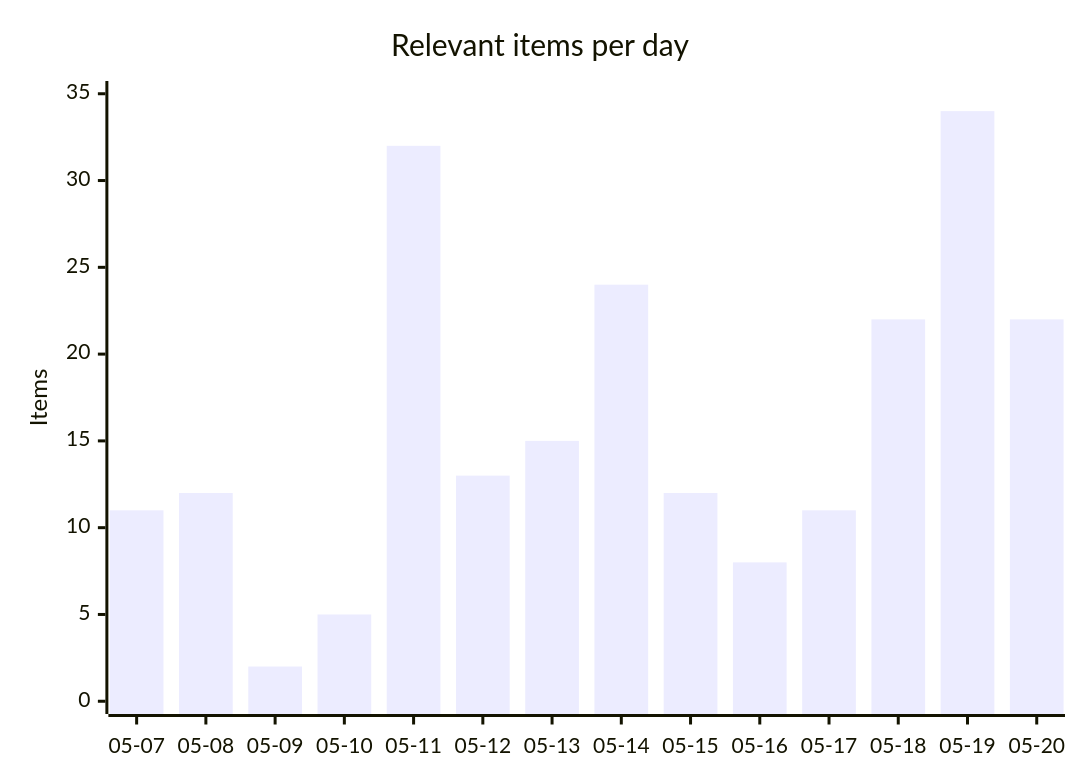
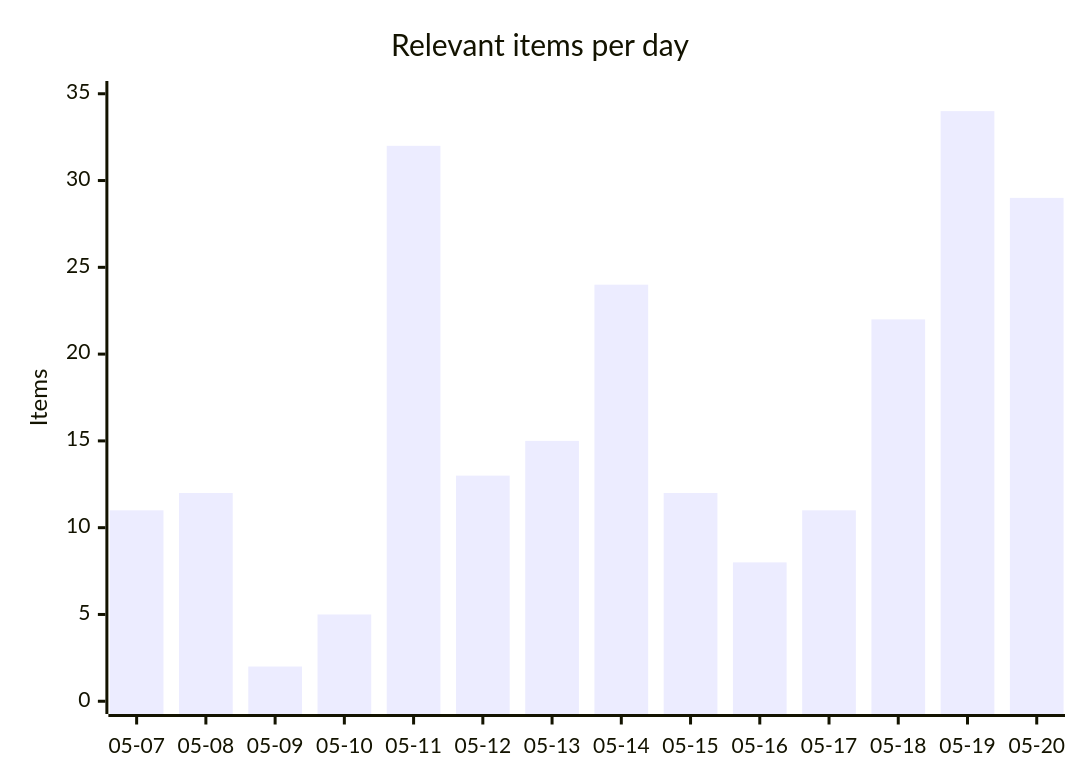
Before and after one commit to martinbalfanz/social-scanner-reports: the first of 4 diagrams in README.md, drawn with Mermaid. The commit also changed other lines of this file and 4 other files, not shown here.

````diff
--- a/README.md
+++ b/README.md
@@ -30,7 +30,7 @@
 ```mermaid
 xychart-beta
     title "Relevant items per day"
     x-axis ["05-07", "05-08", "05-09", "05-10", "05-11", "05-12", "05-13", "05-14", "05-15", "05-16", "05-17", "05-18", "05-19", "05-20"]
     y-axis "Items" 0 --> 35
-    bar [11, 12, 2, 5, 32, 13, 15, 24, 12, 8, 11, 22, 34, 22]
+    bar [11, 12, 2, 5, 32, 13, 15, 24, 12, 8, 11, 22, 34, 29]
 ```
````
